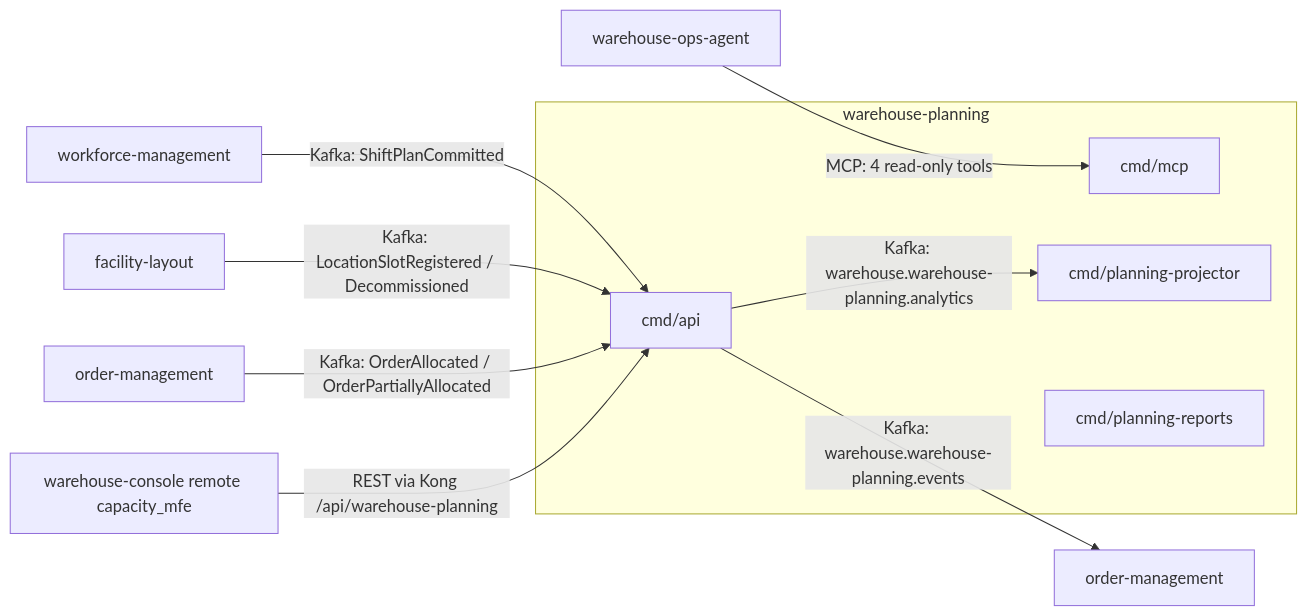
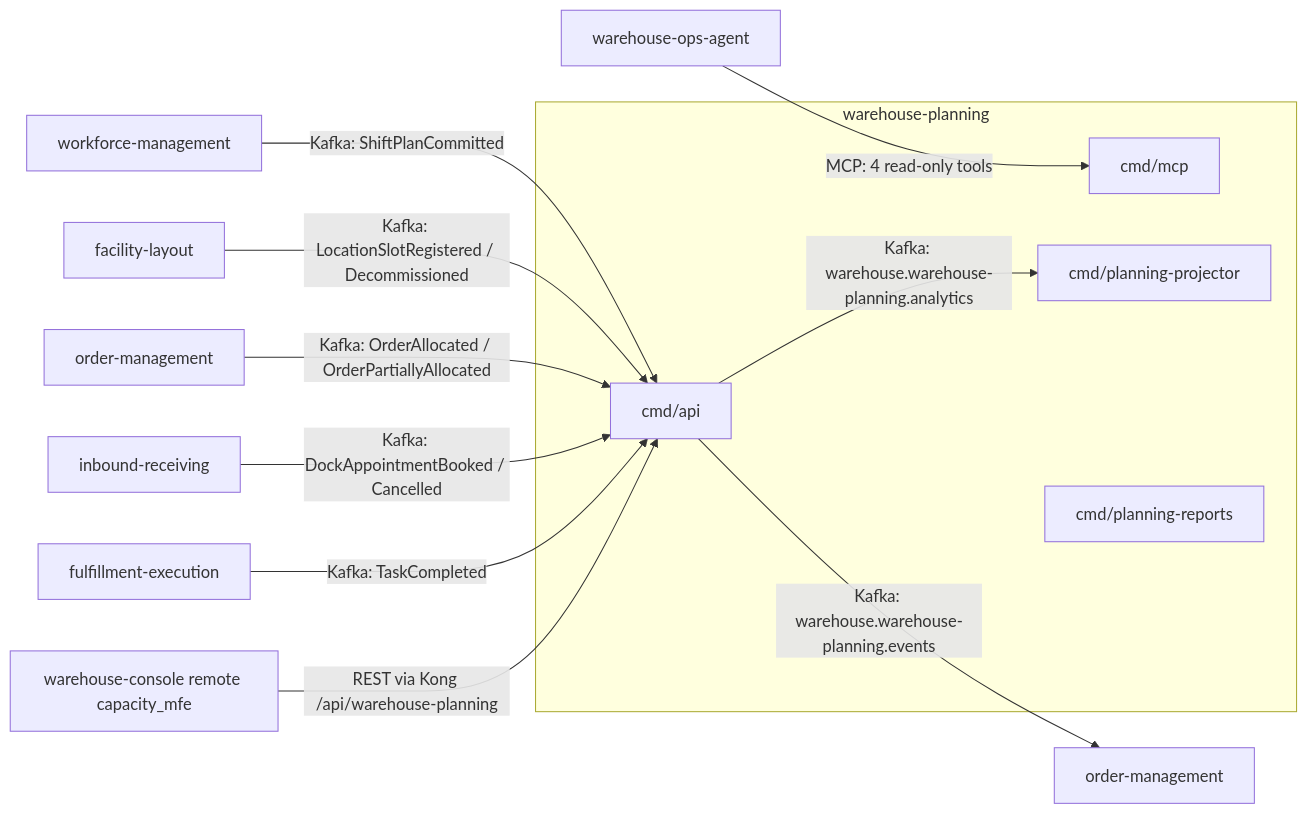
Before and after one commit to IQVO/warehouse-planning: the diagram in docs/docs/ecosystem/upstream-contracts.md, drawn with Mermaid. The commit also changed other lines of this file and 16 other files, not shown here.

````diff
--- a/docs/docs/ecosystem/upstream-contracts.md
+++ b/docs/docs/ecosystem/upstream-contracts.md
@@ -19,16 +19,18 @@
 ```mermaid
 flowchart LR
   WFM[workforce-management] -- "Kafka: ShiftPlanCommitted" --> API
   FL[facility-layout] -- "Kafka: LocationSlotRegistered / Decommissioned" --> API
   OM1[order-management] -- "Kafka: OrderAllocated / OrderPartiallyAllocated" --> API
+  IR[inbound-receiving] -- "Kafka: DockAppointmentBooked / Cancelled" --> API
+  FE[fulfillment-execution] -- "Kafka: TaskCompleted" --> API
   CON[warehouse-console remote capacity_mfe] -- "REST via Kong /api/warehouse-planning" --> API
   AGT[warehouse-ops-agent] -- "MCP: 4 read-only tools" --> MCP
   subgraph WP[warehouse-planning]
     API[cmd/api]
     MCP[cmd/mcp]
     PROJ[cmd/planning-projector]
     REP[cmd/planning-reports]
   end
   API -- "Kafka: warehouse.warehouse-planning.events" --> OM2[order-management]
   API -- "Kafka: warehouse.warehouse-planning.analytics" --> PROJ
 ```
````
